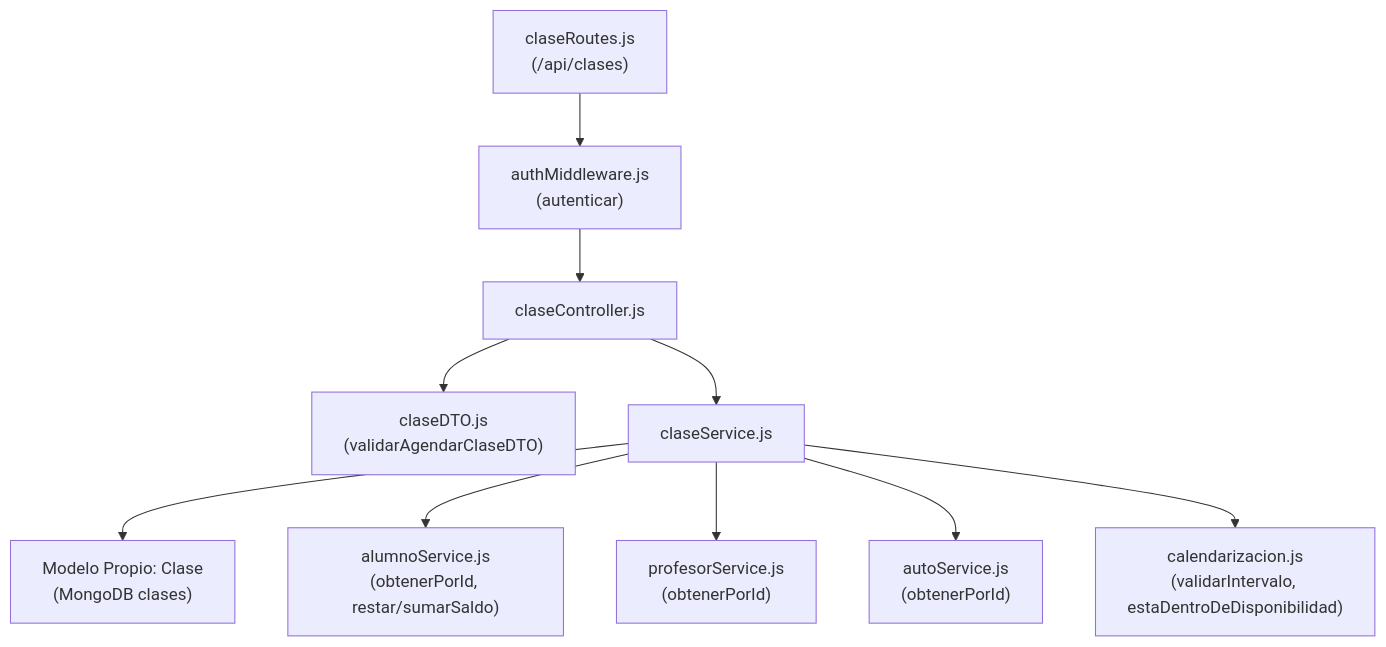
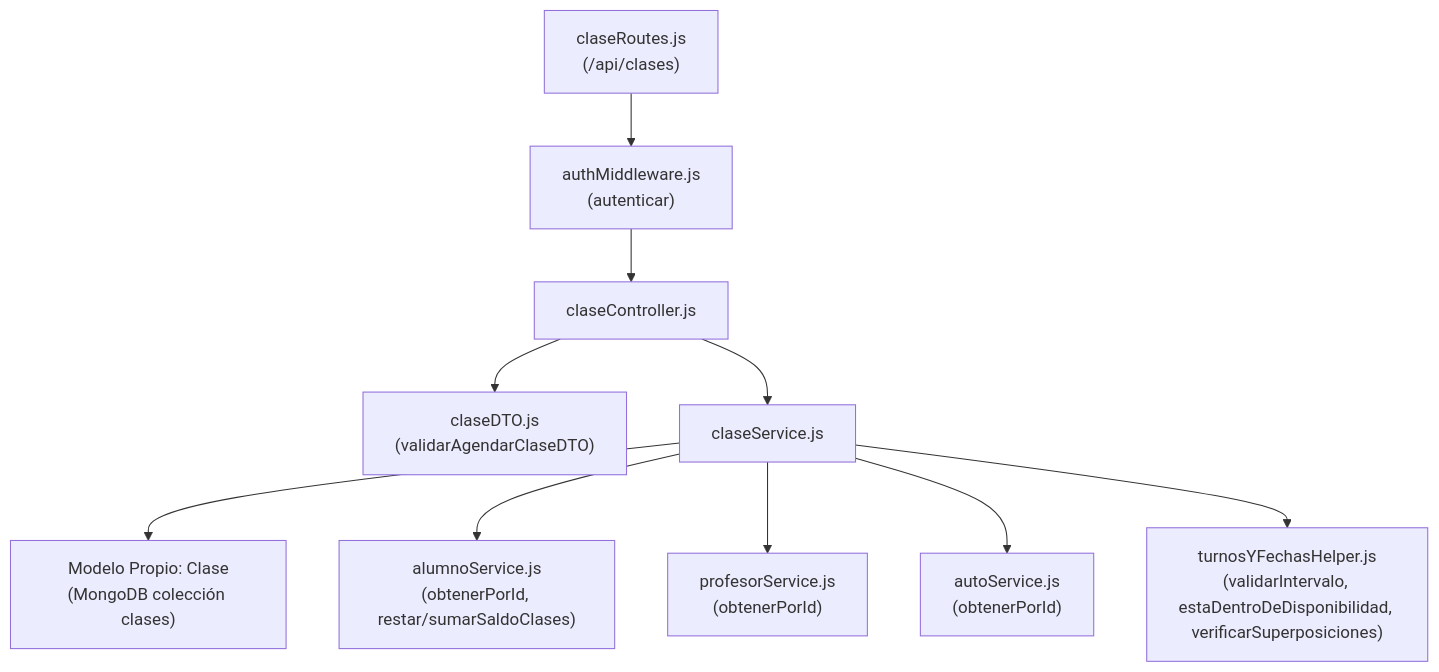
One commit to SM03594/INSPT-Prog3-DriveAndLearn-backend changed the second of 5 diagrams in docs/Guias/Flujos/clases.md. Above: the diagram before and after it, drawn with Mermaid. The commit also changed other lines of this file and 11 other files, not shown here.

````diff
--- a/docs/Guias/Flujos/clases.md
+++ b/docs/Guias/Flujos/clases.md
@@ -99,23 +116,23 @@
 ```mermaid
 flowchart TD
     Route["claseRoutes.js<br/>(/api/clases)"]
     Auth["authMiddleware.js<br/>(autenticar)"]
     DTO["claseDTO.js<br/>(validarAgendarClaseDTO)"]
     Ctrl["claseController.js"]
     Svc["claseService.js"]
 
-    MClase["Modelo Propio: Clase<br/>(MongoDB clases)"]
-    SAlum["alumnoService.js<br/>(obtenerPorId, restar/sumarSaldo)"]
+    MClase["Modelo Propio: Clase<br/>(MongoDB colección clases)"]
+    SAlum["alumnoService.js<br/>(obtenerPorId, restar/sumarSaldoClases)"]
     SProf["profesorService.js<br/>(obtenerPorId)"]
     SAuto["autoService.js<br/>(obtenerPorId)"]
-    HCal["calendarizacion.js<br/>(validarIntervalo, estaDentroDeDisponibilidad)"]
+    HTurnos["turnosYFechasHelper.js<br/>(validarIntervalo, estaDentroDeDisponibilidad, verificarSuperposiciones)"]
 
     Route --> Auth --> Ctrl
     Ctrl --> DTO
     Ctrl --> Svc
     Svc --> MClase
     Svc --> SAlum
     Svc --> SProf
     Svc --> SAuto
-    Svc --> HCal
+    Svc --> HTurnos
 ```
````
